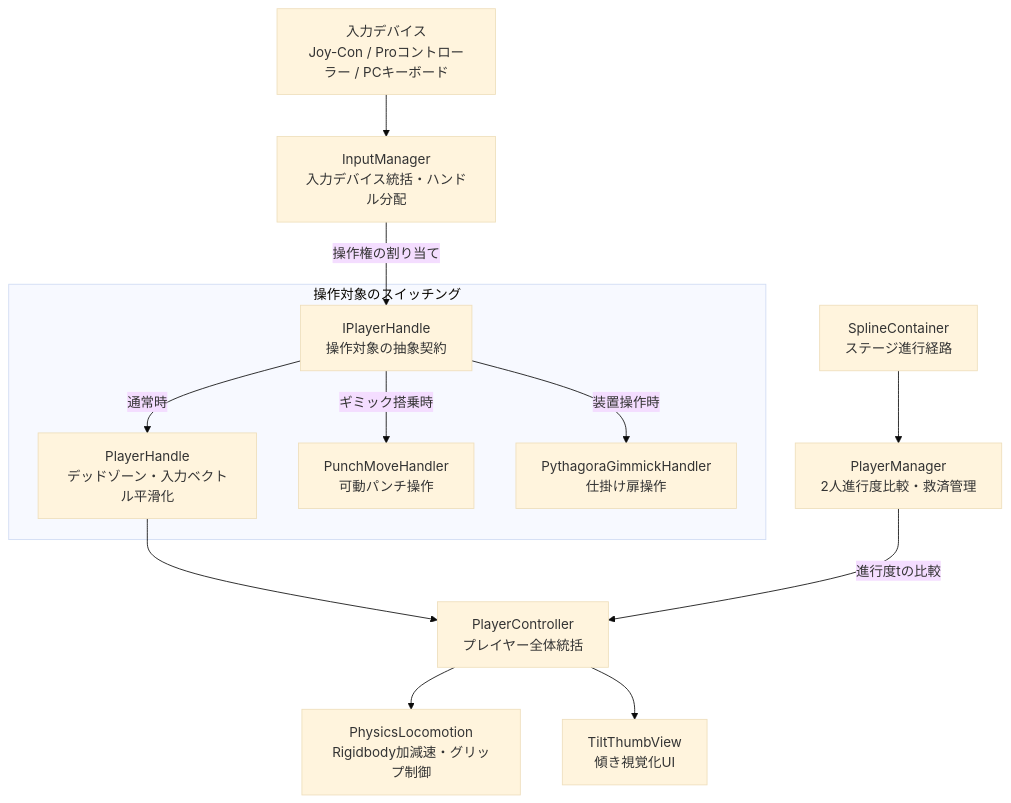
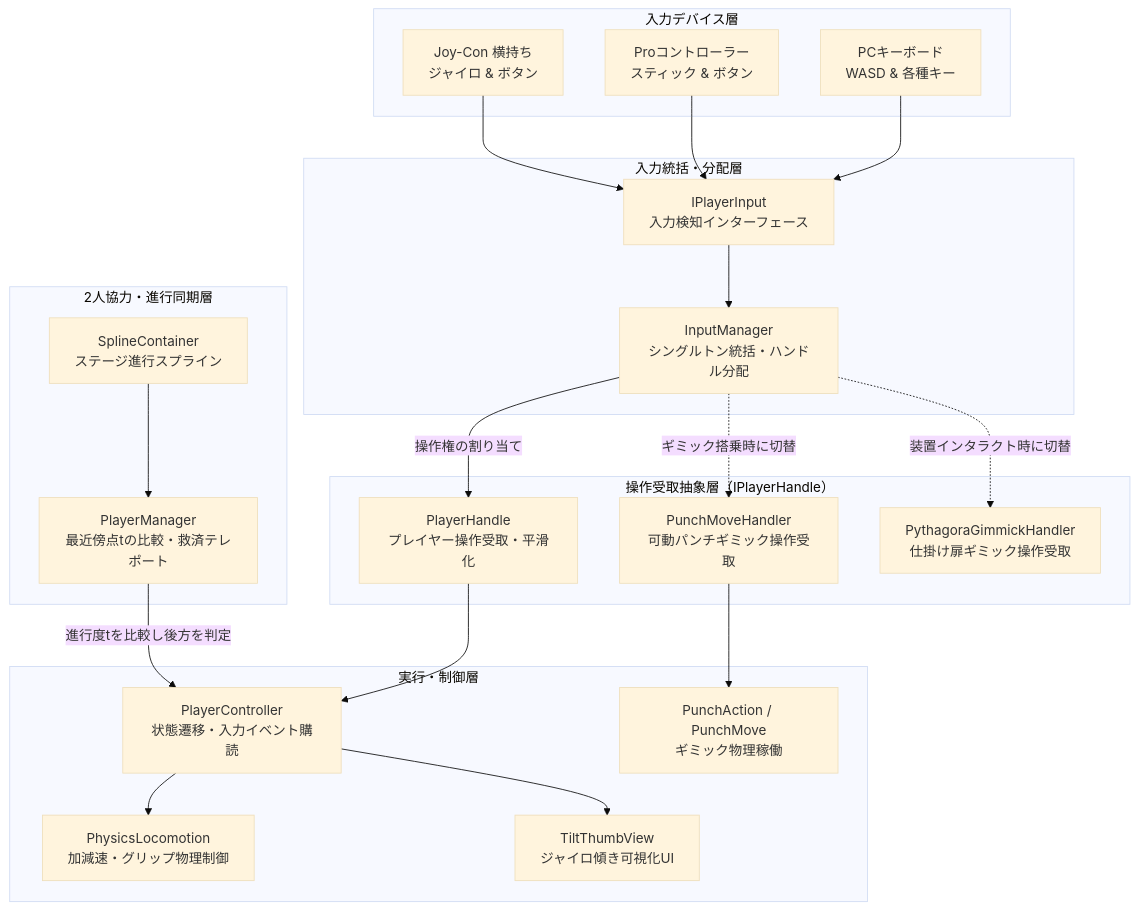
The first of 3 diagrams in src/content/posts/game-toypair.md (junya005/junya005.github.io), drawn with Mermaid (base theme) before and after one commit. The commit also changed other lines of this file and 6 other files, not shown here.

````diff
--- a/src/content/posts/game-toypair.md
+++ b/src/content/posts/game-toypair.md
@@ -37,18 +53,49 @@
 ```mermaid
 graph TD
-    Device[入力デバイス<br/>Joy-Con / Proコントローラー / PCキーボード] --> InputMgr[InputManager<br/>入力デバイス統括・ハンドル分配]
-    InputMgr -->|操作権の割り当て| HandleInterface[IPlayerHandle<br/>操作対象の抽象契約]
-
-    subgraph 操作対象のスイッチング
-        HandleInterface -->|通常時| PlayerH[PlayerHandle<br/>デッドゾーン・入力ベクトル平滑化]
-        HandleInterface -->|ギミック搭乗時| PunchH[PunchMoveHandler<br/>可動パンチ操作]
-        HandleInterface -->|装置操作時| PythagoraH[PythagoraGimmickHandler<br/>仕掛け扉操作]
+    subgraph InputDevice[入力デバイス層]
+        JoyCon[Joy-Con 横持ち<br/>ジャイロ & ボタン]
+        ProCon[Proコントローラー<br/>スティック & ボタン]
+        PCKey[PCキーボード<br/>WASD & 各種キー]
     end
 
-    PlayerH --> PlayerCtrl[PlayerController<br/>プレイヤー全体統括]
-    PlayerCtrl --> Locomotion[PhysicsLocomotion<br/>Rigidbody加減速・グリップ制御]
-    PlayerCtrl --> TiltUI[TiltThumbView<br/>傾き視覚化UI]
+    subgraph InputAbstraction[入力統括・分配層]
+        IInput[IPlayerInput<br/>入力検知インターフェース]
+        InputMgr[InputManager<br/>シングルトン統括・ハンドル分配]
+    end
 
-    Spline[SplineContainer<br/>ステージ進行経路] --> PlayerMgr[PlayerManager<br/>2人進行度比較・救済管理]
-    PlayerMgr -->|進行度tの比較| PlayerCtrl
+    subgraph HandleAbstraction[操作受取抽象層（IPlayerHandle）]
+        PlayerH[PlayerHandle<br/>プレイヤー操作受取・平滑化]
+        PunchH[PunchMoveHandler<br/>可動パンチギミック操作受取]
+        PythagoraH[PythagoraGimmickHandler<br/>仕掛け扉ギミック操作受取]
+    end
+
+    subgraph ExecutionLayer[実行・制御層]
+        PlayerCtrl[PlayerController<br/>状態遷移・入力イベント購読]
+        Locomotion[PhysicsLocomotion<br/>加減速・グリップ物理制御]
+        TiltUI[TiltThumbView<br/>ジャイロ傾き可視化UI]
+        PunchAction[PunchAction / PunchMove<br/>ギミック物理稼働]
+    end
+
+    subgraph CoOpManagement[2人協力・進行同期層]
+        Spline[SplineContainer<br/>ステージ進行スプライン]
+        PlayerMgr[PlayerManager<br/>最近傍点tの比較・救済テレポート]
+    end
+
+    JoyCon --> IInput
+    ProCon --> IInput
+    PCKey --> IInput
+    IInput --> InputMgr
+
+    InputMgr -->|操作権の割り当て| PlayerH
+    InputMgr -.->|ギミック搭乗時に切替| PunchH
+    InputMgr -.->|装置インタラクト時に切替| PythagoraH
+
+    PlayerH --> PlayerCtrl
+    PlayerCtrl --> Locomotion
+    PlayerCtrl --> TiltUI
+
+    PunchH --> PunchAction
+
+    Spline --> PlayerMgr
+    PlayerMgr -->|進行度tを比較し後方を判定| PlayerCtrl
 ```
````
